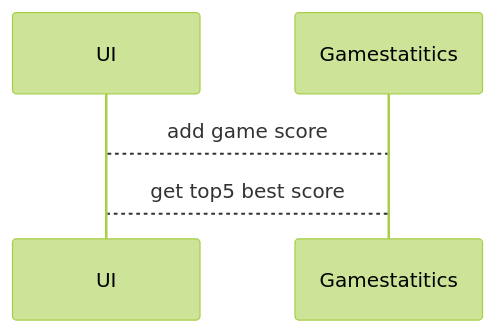
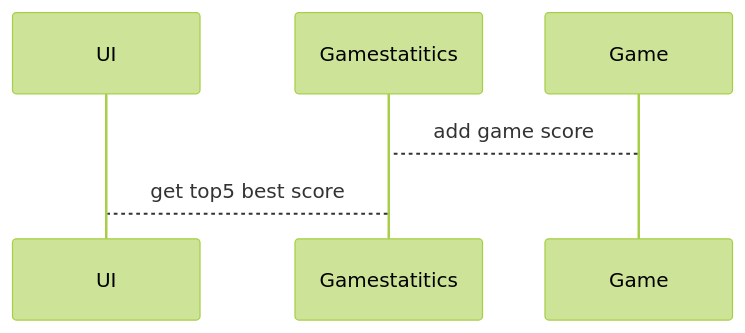
One commit to kxelina/ot-harjoitustyo changed the third of 3 diagrams in dokumentaatio/arkkitehtuuri.md. Above: the diagram before and after it, drawn with Mermaid (forest theme). The commit also changed other lines of this file and 16 other files, not shown here.

````diff
--- a/dokumentaatio/arkkitehtuuri.md
+++ b/dokumentaatio/arkkitehtuuri.md
@@ -80,7 +82,8 @@
 ```mermaid
 sequenceDiagram
     participant UI
     participant G as Gamestatitics
-    UI --> G: add game score
+    participant Game
+    Game --> G: add game score
     G --> UI: get top5 best score
 ```    
````
